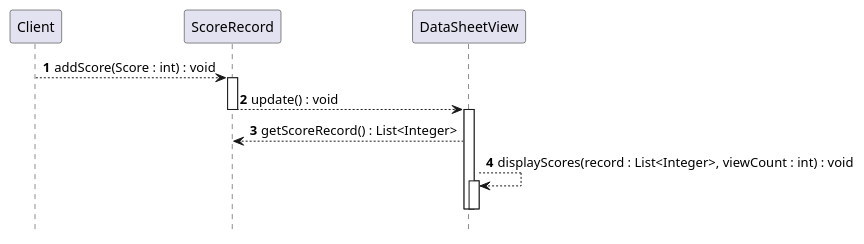
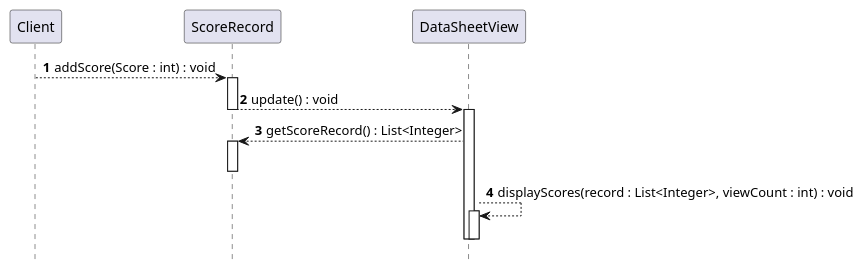
The diagram in ch09-observer-patterns/diagrams/observer-pattern-score-sequence.puml (walbatrossw/java-design-patterns), drawn with PlantUML before and after one commit. The commit also changed 1 other file, not shown here.

```diff
--- a/ch09-observer-patterns/diagrams/observer-pattern-score-sequence.puml
+++ b/ch09-observer-patterns/diagrams/observer-pattern-score-sequence.puml
@@ -1,23 +1,25 @@
 @startuml
 
 hide footbox
 autonumber
 
 participant Client
 participant ScoreRecord
 participant DataSheetView
 
 Client --> ScoreRecord : addScore(Score : int) : void
 
 activate ScoreRecord
 ScoreRecord --> DataSheetView : update() : void
 deactivate ScoreRecord
 
 activate DataSheetView
 DataSheetView --> ScoreRecord : getScoreRecord() : List<Integer>
+activate ScoreRecord
+deactivate ScoreRecord
 DataSheetView --> DataSheetView : displayScores(record : List<Integer>, viewCount : int) : void
 activate DataSheetView
 deactivate DataSheetView
 deactivate DataSheetView
 
 @enduml
```
